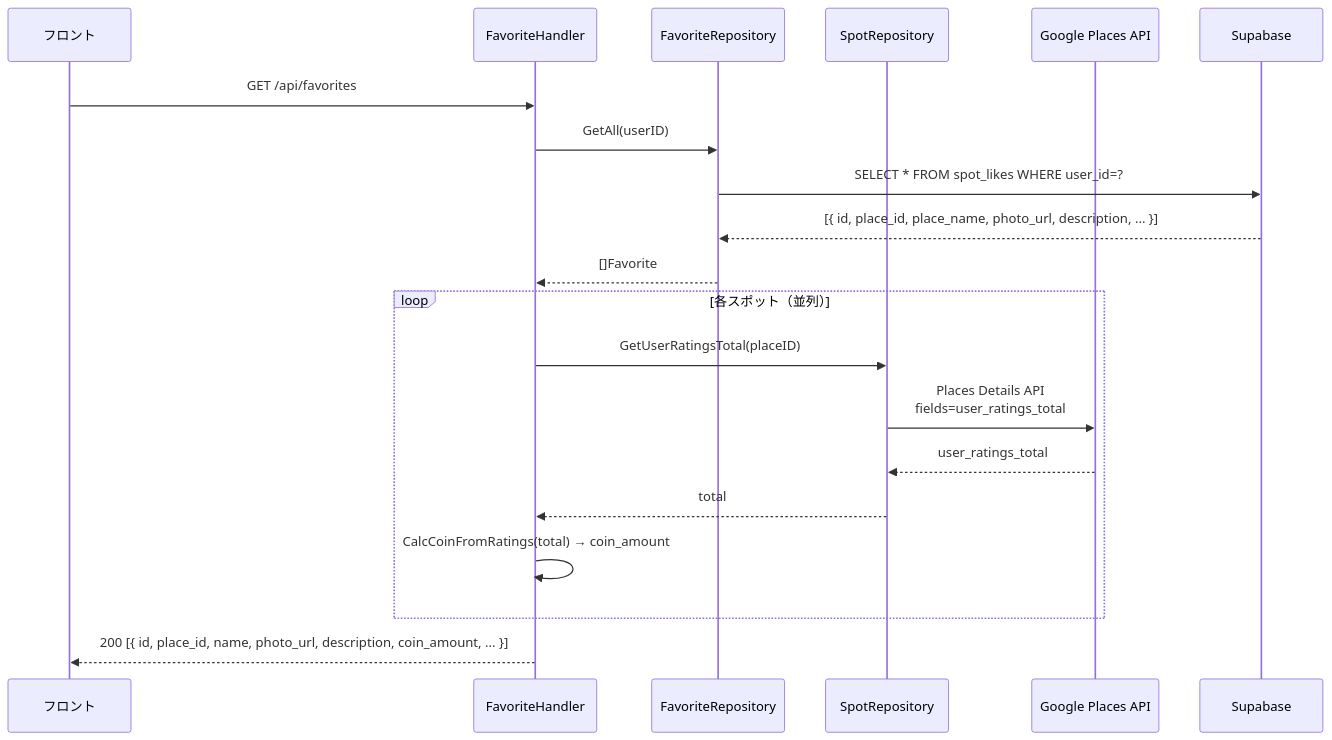
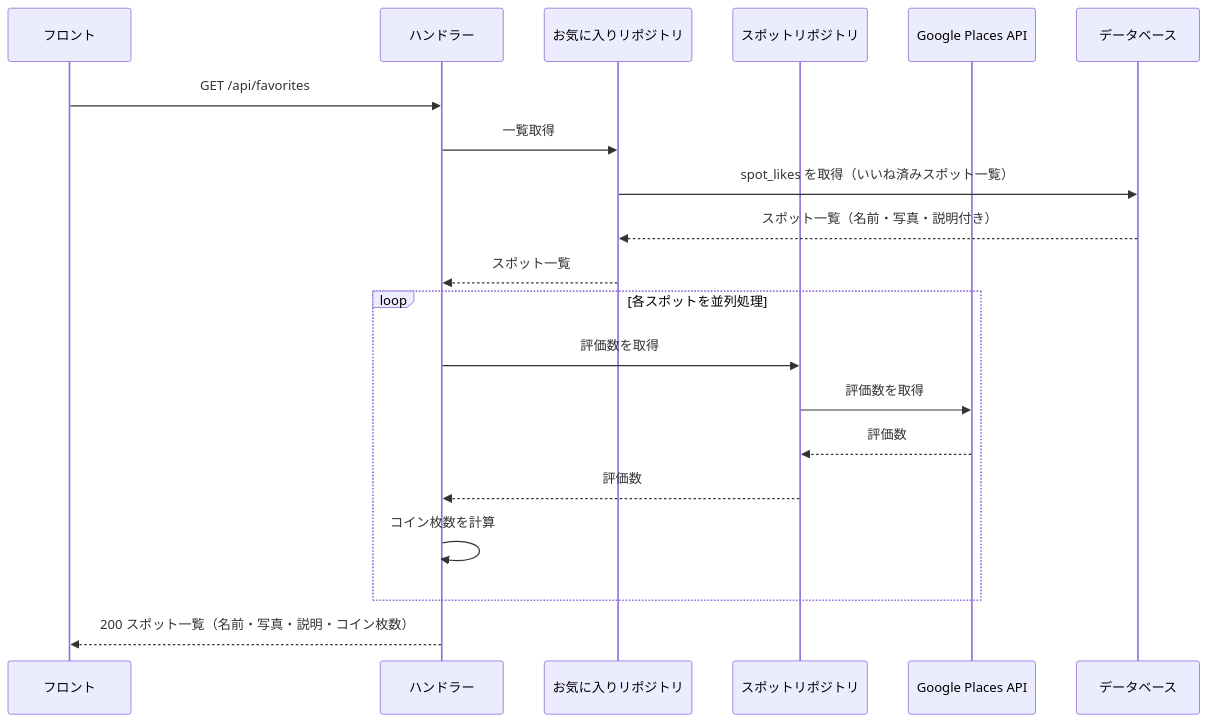
The third of 6 diagrams in docs/sequence.md (y08416/sukima-trip-backend), drawn with Mermaid before and after one commit. The commit also changed other lines of this file, not shown here.

Commit message:
docs: シーケンス図を日本語表記に統一して見やすくする

````diff
--- a/docs/sequence.md
+++ b/docs/sequence.md
@@ -54,23 +58,25 @@
 ```mermaid
 sequenceDiagram
-    participant F as フロント
-    participant H as FavoriteHandler
-    participant FR as FavoriteRepository
-    participant SR as SpotRepository
-    participant Places as Google Places API
-    participant DB as Supabase
+    participant フロント
+    participant ハンドラー
+    participant お気に入りリポジトリ
+    participant スポットリポジトリ
+    participant GooglePlaces as Google Places API
+    participant DB as データベース
 
-    F->>H: GET /api/favorites
-    H->>FR: GetAll(userID)
-    FR->>DB: SELECT * FROM spot_likes WHERE user_id=?
-    DB-->>FR: [{ id, place_id, place_name, photo_url, description, ... }]
-    FR-->>H: []Favorite
-    loop 各スポット（並列）
-        H->>SR: GetUserRatingsTotal(placeID)
-        SR->>Places: Places Details API<br/>fields=user_ratings_total
-        Places-->>SR: user_ratings_total
-        SR-->>H: total
-        H->>H: CalcCoinFromRatings(total) → coin_amount
+    フロント->>ハンドラー: GET /api/favorites
+    ハンドラー->>お気に入りリポジトリ: 一覧取得
+    お気に入りリポジトリ->>DB: spot_likes を取得（いいね済みスポット一覧）
+    DB-->>お気に入りリポジトリ: スポット一覧（名前・写真・説明付き）
+    お気に入りリポジトリ-->>ハンドラー: スポット一覧
+
+    loop 各スポットを並列処理
+        ハンドラー->>スポットリポジトリ: 評価数を取得
+        スポットリポジトリ->>GooglePlaces: 評価数を取得
+        GooglePlaces-->>スポットリポジトリ: 評価数
+        スポットリポジトリ-->>ハンドラー: 評価数
+        ハンドラー->>ハンドラー: コイン枚数を計算
     end
-    H-->>F: 200 [{ id, place_id, name, photo_url, description, coin_amount, ... }]
+
+    ハンドラー-->>フロント: 200 スポット一覧（名前・写真・説明・コイン枚数）
 ```
````
